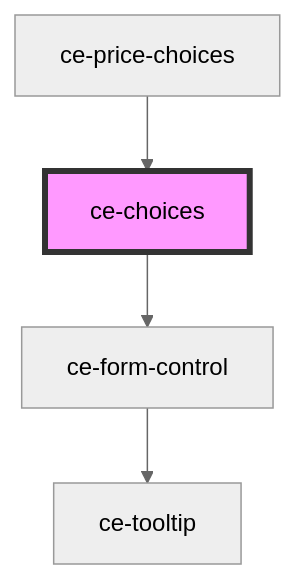
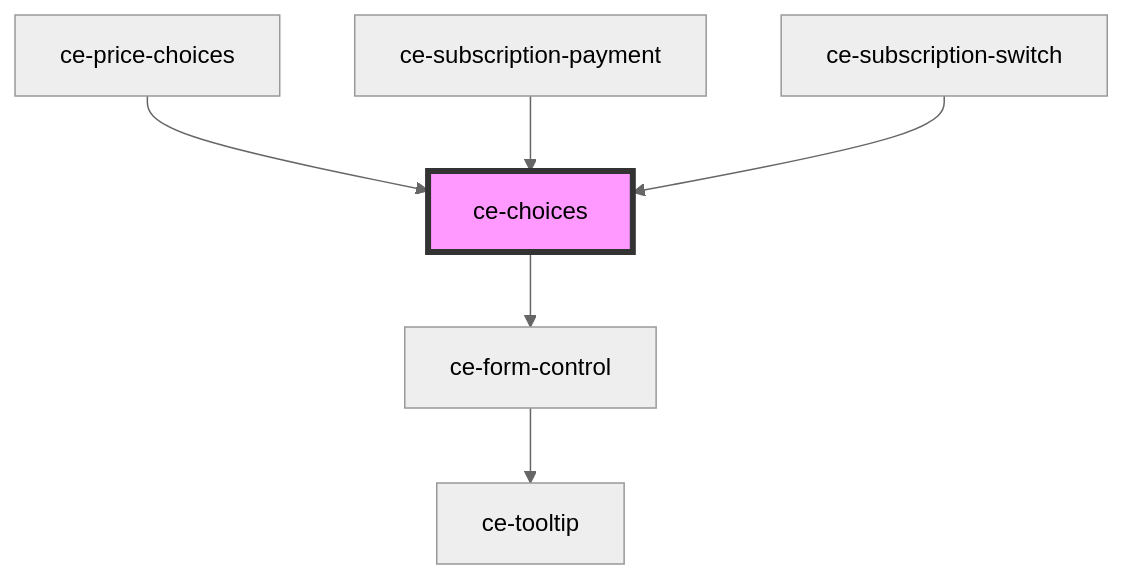
The diagram in packages/components/src/components/ui/choices/readme.md (surecart/surecart-wp-plugin), drawn with Mermaid (neutral theme) before and after one commit. The commit also changed other lines of this file and 118 other files, not shown here.

````diff
--- a/packages/components/src/components/ui/choices/readme.md
+++ b/packages/components/src/components/ui/choices/readme.md
@@ -41,7 +43,9 @@
 ```mermaid
 graph TD;
   ce-choices --> ce-form-control
   ce-form-control --> ce-tooltip
   ce-price-choices --> ce-choices
+  ce-subscription-payment --> ce-choices
+  ce-subscription-switch --> ce-choices
   style ce-choices fill:#f9f,stroke:#333,stroke-width:4px
 ```
````
